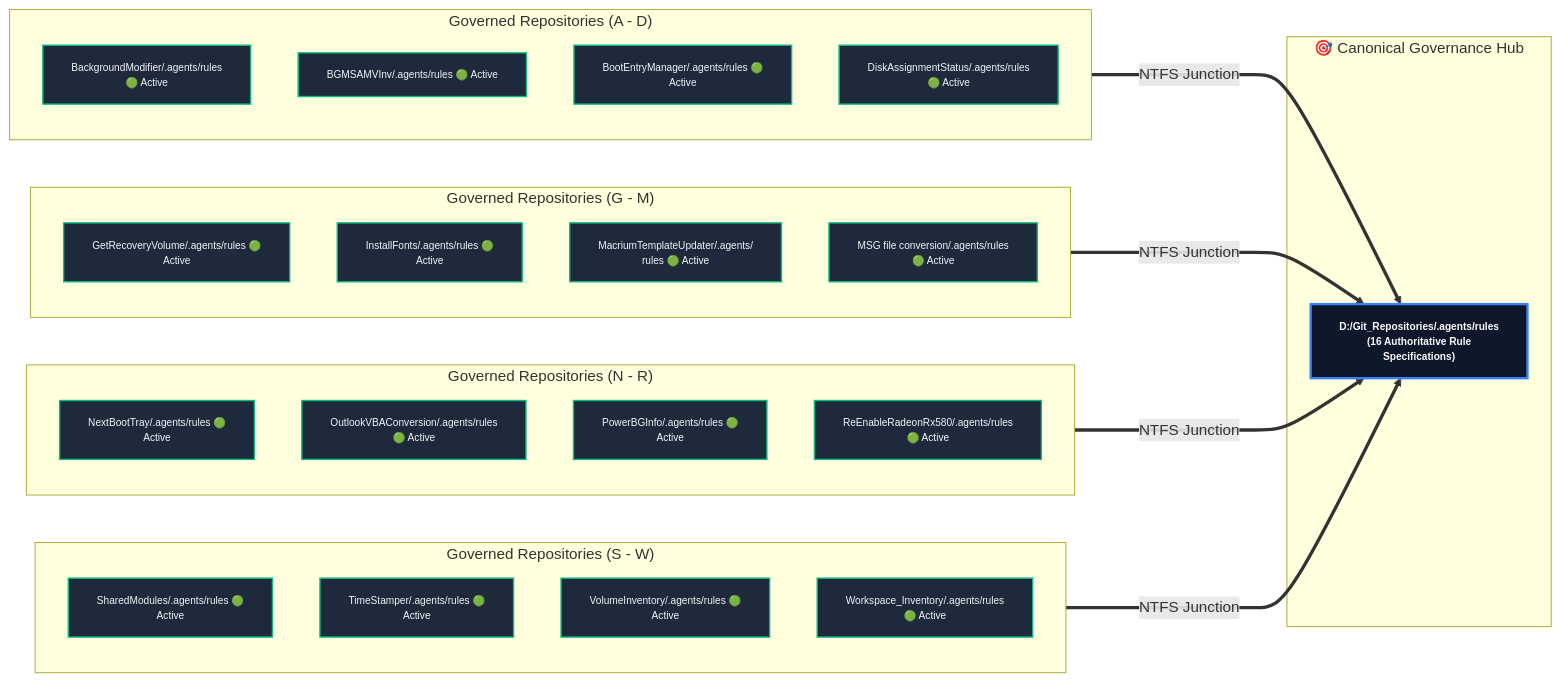
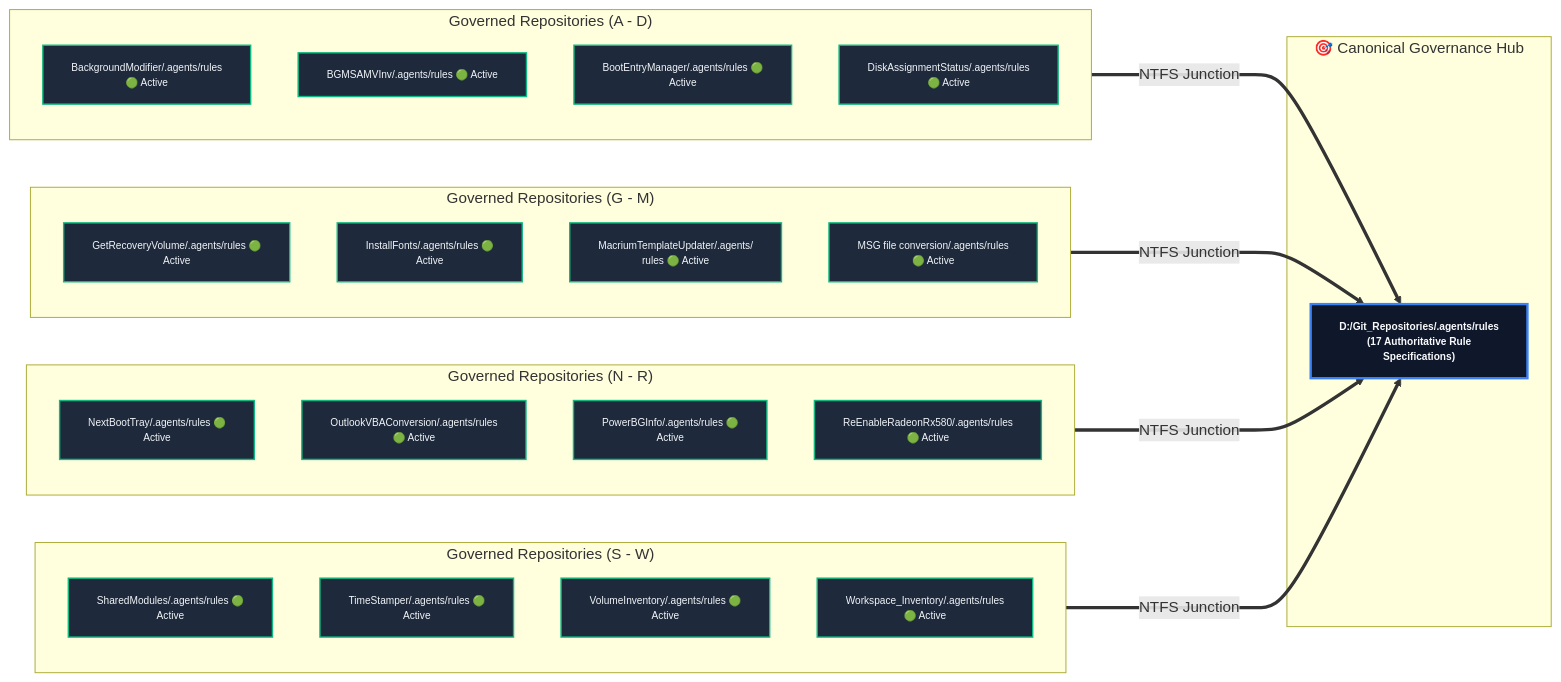
The second of 2 diagrams in docs/LCM-Rules-Cross-Reference.md (rgbigel/Workspace_AI), drawn with Mermaid before and after one commit. The commit also changed other lines of this file and 16 other files, not shown here.

````diff
--- a/docs/LCM-Rules-Cross-Reference.md
+++ b/docs/LCM-Rules-Cross-Reference.md
@@ -61,48 +61,48 @@
 ```mermaid
 flowchart LR
     classDef default font-size:8pt;
     classDef hub fill:#0f172a,stroke:#3b82f6,stroke-width:2.5px,color:#f8fafc,font-weight:bold,font-size:8pt;
     classDef repo fill:#1e293b,stroke:#10b981,stroke-width:1.5px,color:#f1f5f9,font-size:8pt;
 
     subgraph HUB_CLUSTER["🎯 Canonical Governance Hub"]
-        HUB["D:/Git_Repositories/.agents/rules<br/>(16 Authoritative Rule<br/>Specifications)"]:::hub
+        HUB["D:/Git_Repositories/.agents/rules<br/>(17 Authoritative Rule<br/>Specifications)"]:::hub
     end
 
     subgraph COL1["Governed Repositories (A - D)"]
         direction TB
         R01["BackgroundModifier/.agents/rules<br/>🟢 Active"]:::repo
         R02["BGMSAMVInv/.agents/rules  🟢 Active"]:::repo
         R03["BootEntryManager/.agents/rules  🟢<br/>Active"]:::repo
         R04["DiskAssignmentStatus/.agents/rules<br/>🟢 Active"]:::repo
     end
 
     subgraph COL2["Governed Repositories (G - M)"]
         direction TB
         R05["GetRecoveryVolume/.agents/rules  🟢<br/>Active"]:::repo
         R06["InstallFonts/.agents/rules  🟢<br/>Active"]:::repo
         R07["MacriumTemplateUpdater/.agents/<br/>rules  🟢 Active"]:::repo
         R08["MSG file conversion/.agents/rules<br/>🟢 Active"]:::repo
     end
 
     subgraph COL3["Governed Repositories (N - R)"]
         direction TB
         R09["NextBootTray/.agents/rules  🟢<br/>Active"]:::repo
         R10["OutlookVBAConversion/.agents/rules<br/>🟢 Active"]:::repo
         R11["PowerBGInfo/.agents/rules  🟢<br/>Active"]:::repo
         R12["ReEnableRadeonRx580/.agents/rules<br/>🟢 Active"]:::repo
     end
 
     subgraph COL4["Governed Repositories (S - W)"]
         direction TB
         R13["SharedModules/.agents/rules  🟢<br/>Active"]:::repo
         R14["TimeStamper/.agents/rules  🟢<br/>Active"]:::repo
         R15["VolumeInventory/.agents/rules  🟢<br/>Active"]:::repo
         R16["Workspace_Inventory/.agents/rules<br/>🟢 Active"]:::repo
     end
 
     COL1 ===>|"NTFS Junction"| HUB
     COL2 ===>|"NTFS Junction"| HUB
     COL3 ===>|"NTFS Junction"| HUB
     COL4 ===>|"NTFS Junction"| HUB
 
 ```
````
